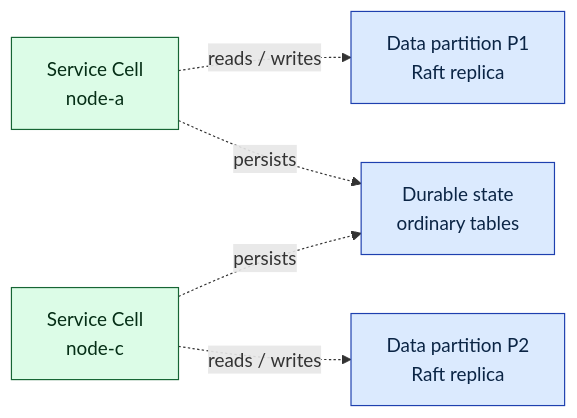
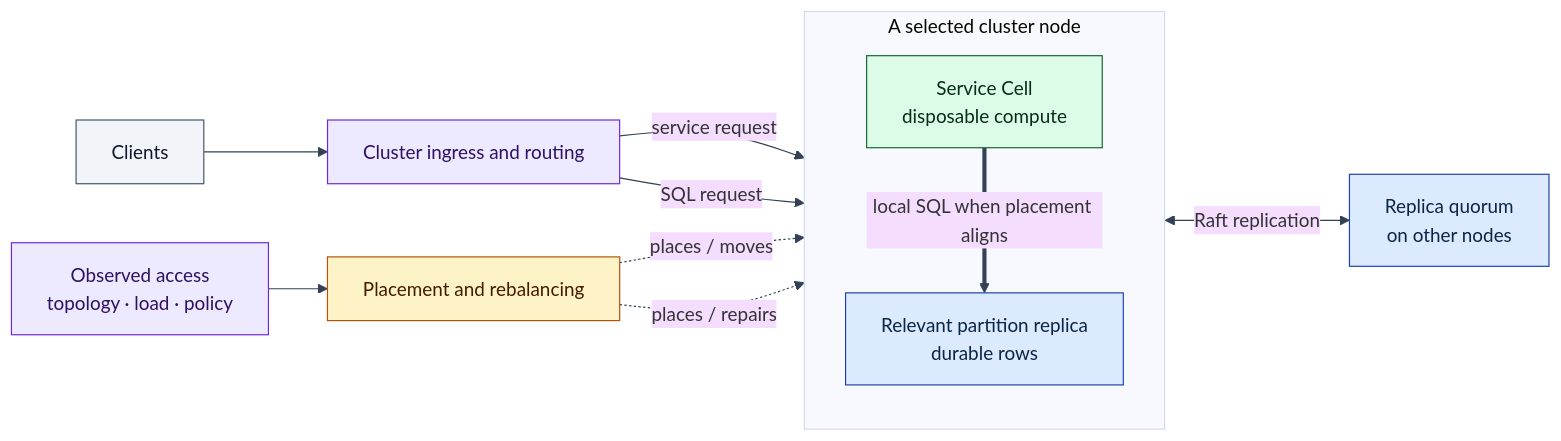
One commit to psvensson/lagrange changed the diagram in architecture/INDEX.md. Above: the diagram before and after it, drawn with Mermaid. The commit also changed other lines of this file, not shown here.

Commit message:
Refocus architecture entry point

````diff
--- a/architecture/INDEX.md
+++ b/architecture/INDEX.md
@@ -30,10 +20,26 @@
 ```mermaid
+%%{init: {'theme':'base','themeVariables':{'background':'#ffffff','lineColor':'#334155','textColor':'#0f172a'}}}%%
 flowchart LR
-  C1["Service Cell<br/>node-a"]:::cell -. "reads / writes" .-> P1["Data partition P1<br/>Raft replica"]:::data
-  C2["Service Cell<br/>node-c"]:::cell -. "reads / writes" .-> P2["Data partition P2<br/>Raft replica"]:::data
-  C1 -. "persists" .-> S["Durable state<br/>ordinary tables"]:::data
-  C2 -. "persists" .-> S
+  CLIENT["Clients"]:::ext --> ROUTE["Cluster ingress and routing"]:::move
+
+  subgraph NODE["A selected cluster node"]
+    direction TB
+    CELL["Service Cell<br/>disposable compute"]:::svc
+    REPLICA["Relevant partition replica<br/>durable rows"]:::data
+    CELL ==>|"local SQL when placement aligns"| REPLICA
+  end
+
+  ROUTE -->|"service request"| CELL
+  ROUTE -->|"SQL request"| REPLICA
+  REPLICA <-->|"Raft replication"| PEERS["Replica quorum<br/>on other nodes"]:::data
+
+  EVIDENCE["Observed access<br/>topology · load · policy"]:::move --> PLACE["Placement and rebalancing"]:::ctrl
+  PLACE -. "places / moves" .-> CELL
+  PLACE -. "places / repairs" .-> REPLICA
 
   classDef data fill:#dbeafe,stroke:#1e40af,color:#0b2545
-  classDef cell fill:#dcfce7,stroke:#166534,color:#052e16
+  classDef svc fill:#dcfce7,stroke:#166534,color:#052e16
+  classDef ctrl fill:#fef3c7,stroke:#b45309,color:#451a03
+  classDef move fill:#ede9fe,stroke:#6d28d9,color:#2e1065
+  classDef ext fill:#f1f5f9,stroke:#475569,color:#0f172a
 ```
````
